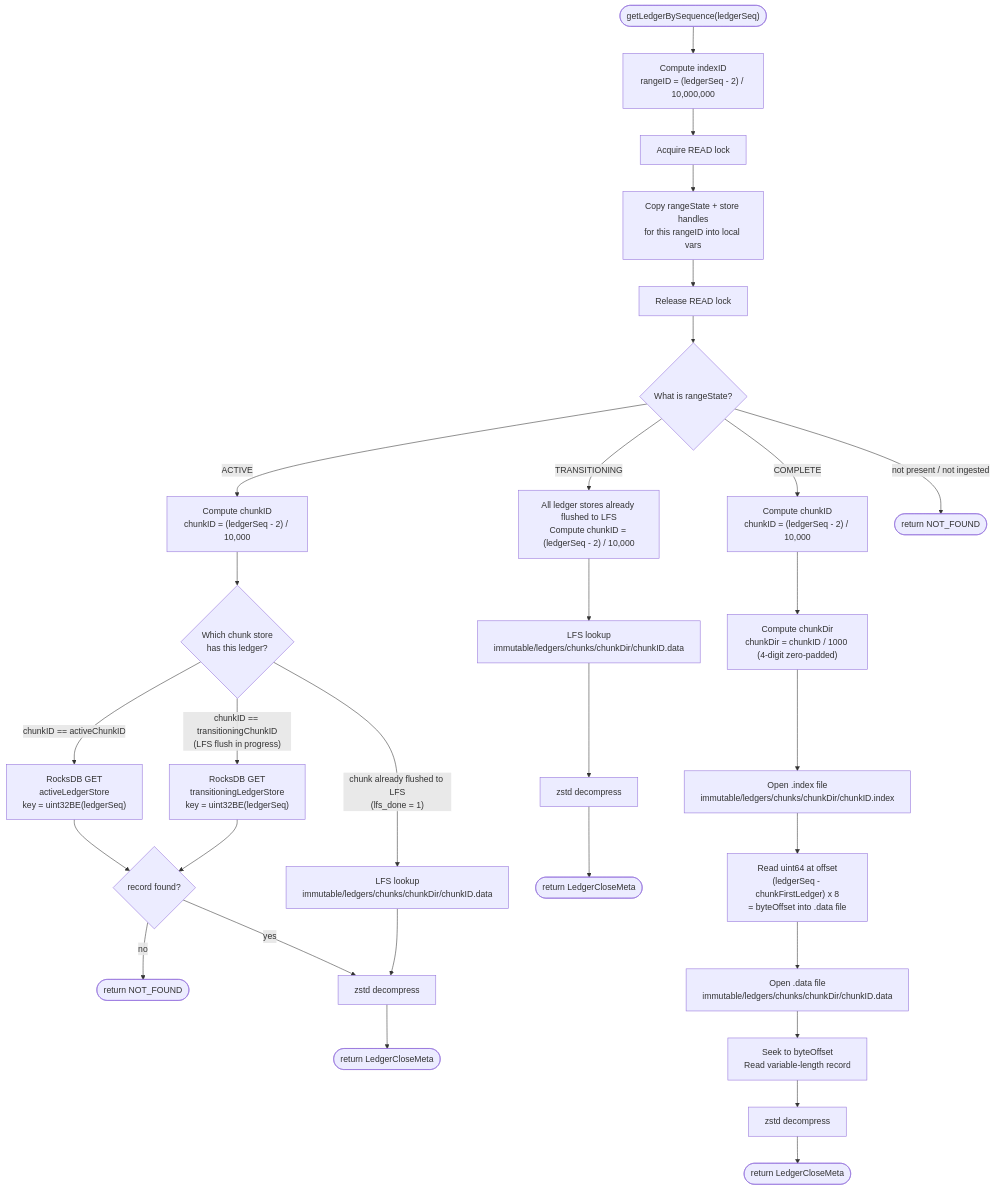
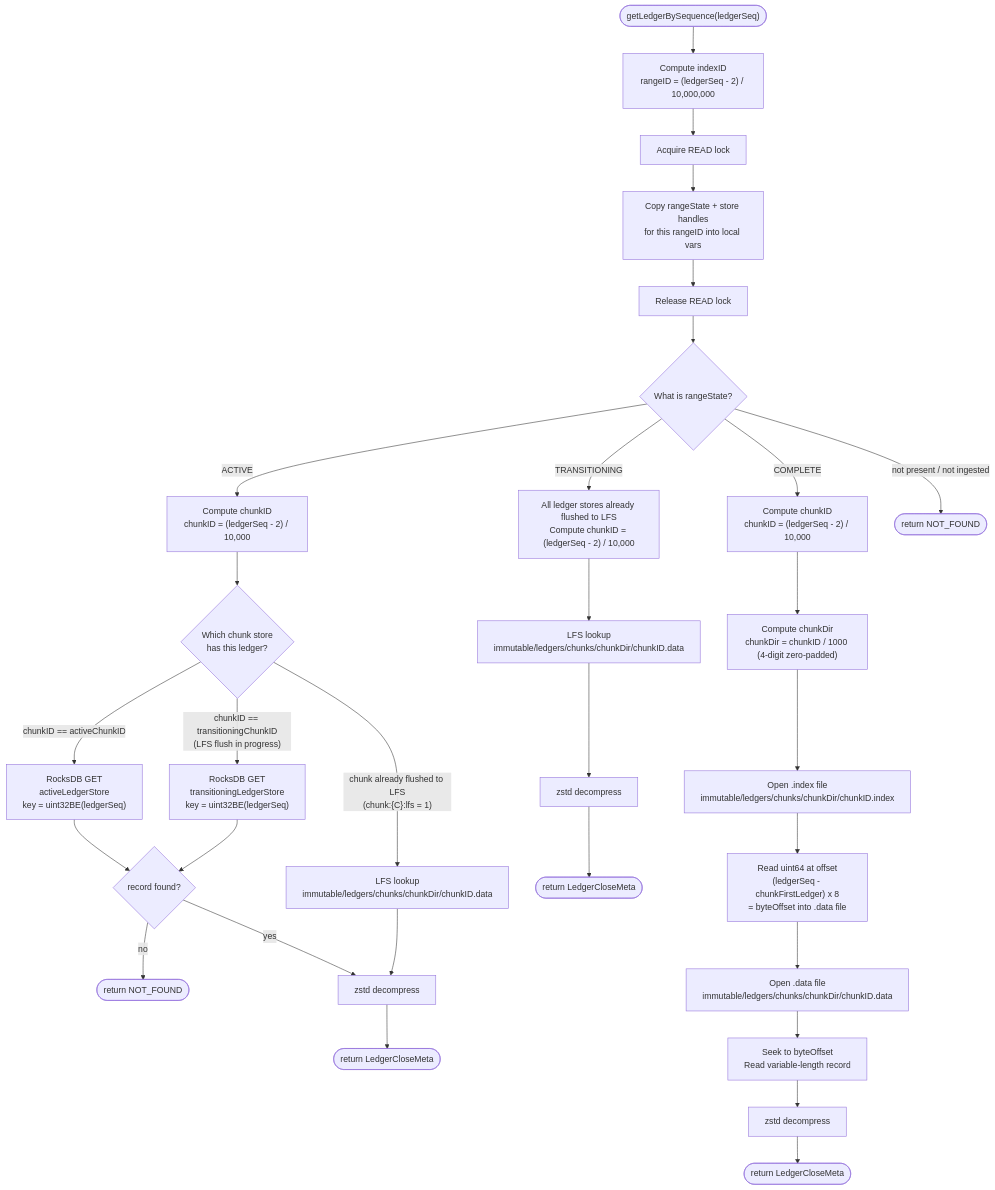
One commit to stellar/stellar-rpc changed the third of 7 diagrams in full-history/design-docs/08-query-routing.md. Above: the diagram before and after it, drawn with Mermaid. The commit also changed other lines of this file and 10 other files, not shown here.

````diff
--- a/full-history/design-docs/08-query-routing.md
+++ b/full-history/design-docs/08-query-routing.md
@@ -504,37 +504,37 @@
 ```mermaid
 flowchart TD
     IN(["getLedgerBySequence(ledgerSeq)"])
     IN --> RANGE["Compute indexID<br/>rangeID = (ledgerSeq - 2) / 10,000,000"]
     RANGE --> RLOCK["Acquire READ lock"]
     RLOCK --> SNAP["Copy rangeState + store handles<br/>for this rangeID into local vars"]
     SNAP --> RUNLOCK["Release READ lock"]
     RUNLOCK --> SW{"What is rangeState?"}
 
     SW -->|"ACTIVE"| ACHK["Compute chunkID<br/>chunkID = (ledgerSeq - 2) / 10,000"]
     ACHK --> AWHICH{"Which chunk store<br/>has this ledger?"}
     AWHICH -->|"chunkID == activeChunkID"| ARDB["RocksDB GET<br/>activeLedgerStore<br/>key = uint32BE(ledgerSeq)"]
     AWHICH -->|"chunkID == transitioningChunkID<br/>(LFS flush in progress)"| TRDB["RocksDB GET<br/>transitioningLedgerStore<br/>key = uint32BE(ledgerSeq)"]
-    AWHICH -->|"chunk already flushed to LFS<br/>(lfs_done = 1)"| ALFS["LFS lookup<br/>immutable/ledgers/chunks/chunkDir/chunkID.data"]
+    AWHICH -->|"chunk already flushed to LFS<br/>(chunk:{C}:lfs = 1)"| ALFS["LFS lookup<br/>immutable/ledgers/chunks/chunkDir/chunkID.data"]
     ARDB --> FOUND1{"record found?"}
     TRDB --> FOUND1
     FOUND1 -->|no| NF1(["return NOT_FOUND"])
     FOUND1 -->|yes| DEC1["zstd decompress"]
     DEC1 --> RET1(["return LedgerCloseMeta"])
     ALFS --> DEC1
 
     SW -->|"TRANSITIONING"| TLFS["All ledger stores already flushed to LFS<br/>Compute chunkID = (ledgerSeq - 2) / 10,000"]
     TLFS --> CID2["LFS lookup<br/>immutable/ledgers/chunks/chunkDir/chunkID.data"]
     CID2 --> DEC2["zstd decompress"]
     DEC2 --> RET2(["return LedgerCloseMeta"])
 
     SW -->|"COMPLETE"| CID["Compute chunkID<br/>chunkID = (ledgerSeq - 2) / 10,000"]
     CID --> CDIR["Compute chunkDir<br/>chunkDir = chunkID / 1000 (4-digit zero-padded)"]
     CDIR --> IDX["Open .index file<br/>immutable/ledgers/chunks/chunkDir/chunkID.index"]
     IDX --> OFF["Read uint64 at offset<br/>(ledgerSeq - chunkFirstLedger) x 8<br/>= byteOffset into .data file"]
     OFF --> DAT["Open .data file<br/>immutable/ledgers/chunks/chunkDir/chunkID.data"]
     DAT --> SEEK["Seek to byteOffset<br/>Read variable-length record"]
     SEEK --> DEC3["zstd decompress"]
     DEC3 --> RET3(["return LedgerCloseMeta"])
 
     SW -->|"not present / not ingested"| NF2(["return NOT_FOUND"])
 ```
````
